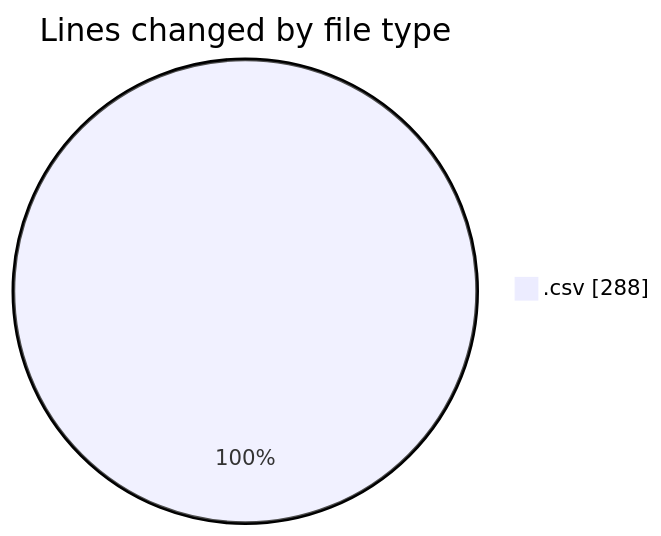
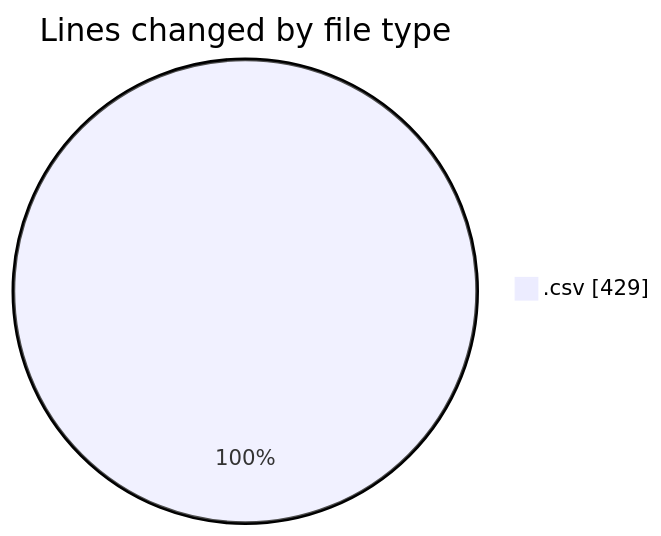
One commit to EIIisD/code-tracking changed the first of 2 diagrams in 2025-08-11/transactions-new/README.md. Above: the diagram before and after it, drawn with Mermaid. The commit also changed other lines of this file and 1 other file, not shown here.

````diff
--- a/2025-08-11/transactions-new/README.md
+++ b/2025-08-11/transactions-new/README.md
@@ -21,5 +22,5 @@
 ```mermaid
 pie showData
 title Lines changed by file type
-".csv" : 288
+".csv" : 429
 ```
````
